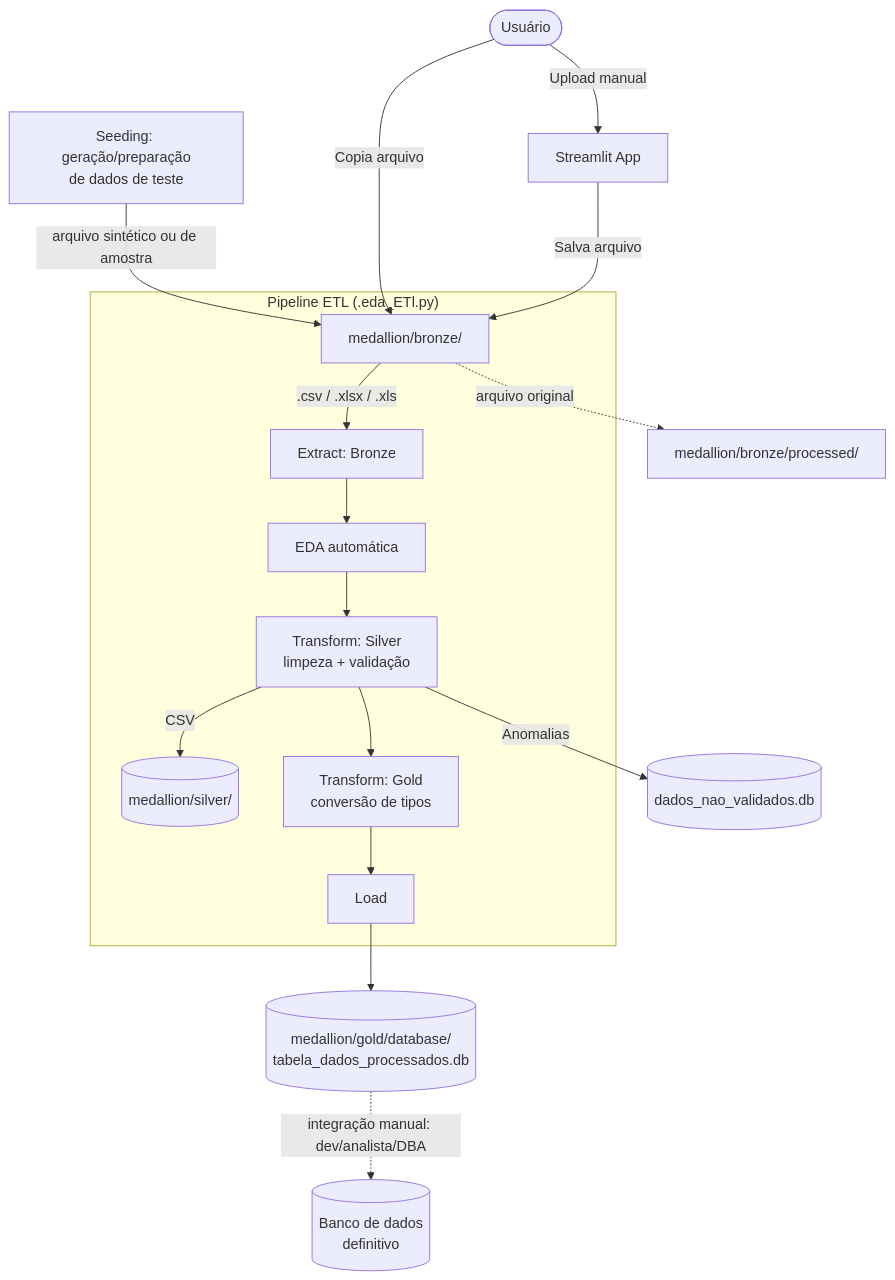
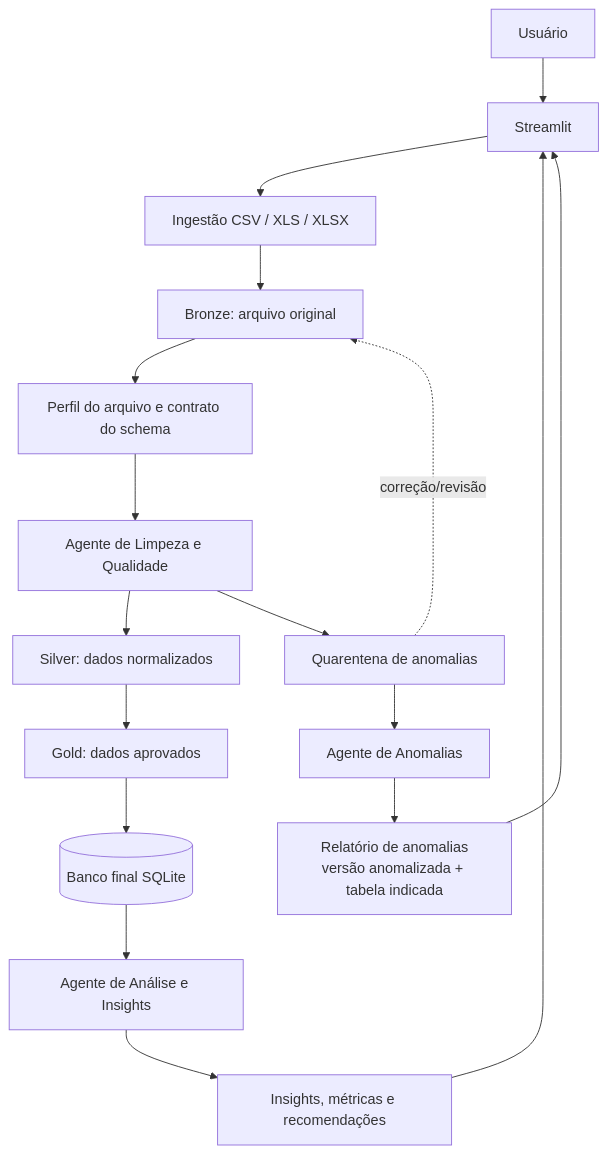
The first of 2 diagrams in README.md (GeorgeLucas1/Pipeline_csv_to_db), drawn with Mermaid before and after one commit. The commit also changed other lines of this file, not shown here.

Commit message:
docs: reposiciona projeto como plataforma de qualidade e insights

````diff
--- a/README.md
+++ b/README.md
@@ -13,23 +31,24 @@
 ```mermaid
 graph TD
-    Seed[Seeding: geração/preparação<br/>de dados de teste] -->|arquivo sintético ou de amostra| Raw
-    User([Usuário]) -->|Upload manual| ST[Streamlit App]
-    User -->|Copia arquivo| Raw[medallion/bronze/]
-    ST -->|Salva arquivo| Raw
+    U[Usuário] --> ST[Streamlit]
+    ST --> IN[Ingestão CSV / XLS / XLSX]
+    IN --> B[Bronze: arquivo original]
 
-    subgraph "Pipeline ETL (.eda_ETl.py)"
-        Raw -->|.csv / .xlsx / .xls| Extract[Extract: Bronze]
-        Extract --> EDA[EDA automática]
-        EDA --> Silver[Transform: Silver<br/>limpeza + validação]
-        Silver -->|CSV| SilverDir[(medallion/silver/)]
-        Silver --> Gold[Transform: Gold<br/>conversão de tipos]
-        Gold --> Load[Load]
-    end
+    B --> P[Perfil do arquivo e contrato do schema]
+    P --> L[Agente de Limpeza e Qualidade]
+    L --> S[Silver: dados normalizados]
+    L --> Q[Quarentena de anomalias]
 
-    Load --> DB[(medallion/gold/database/<br/>tabela_dados_processados.db)]
-    Silver -->|Anomalias| DB2[(dados_nao_validados.db)]
+    Q --> A[Agente de Anomalias]
+    A --> R[Relatório de anomalias<br/>versão anomalizada + tabela indicada]
+    R --> ST
 
-    Raw -.->|arquivo original| Processed[medallion/bronze/processed/]
+    S --> G[Gold: dados aprovados]
+    G --> DB[(Banco final SQLite)]
 
-    DB -.->|integração manual: dev/analista/DBA| Ext[(Banco de dados<br/>definitivo)]
+    DB --> I[Agente de Análise e Insights]
+    I --> INS[Insights, métricas e recomendações]
+    INS --> ST
+
+    Q -. correção/revisão .-> B
 ```
````
